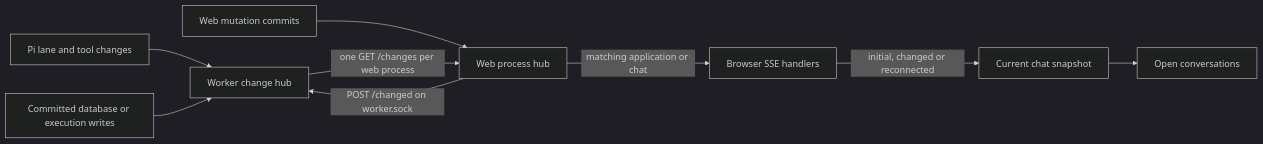
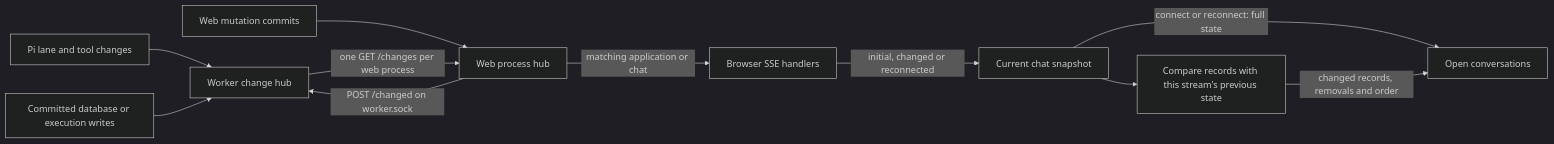
The second of 5 diagrams in docs/architecture.md (lustoykov/hallvi), drawn with Mermaid (dark theme) before and after one commit. The commit also changed other lines of this file and 18 other files, not shown here.

````diff
--- a/docs/architecture.md
+++ b/docs/architecture.md
@@ -66,11 +66,13 @@
 ```mermaid
 flowchart LR
     Pi[Pi lane and tool changes] --> Hub[Worker change hub]
     Writes[Committed database or execution writes] --> Hub
     WebWrite[Web mutation commits] --> Local[Web process hub]
     Local -->|POST /changed on worker.sock| Hub
     Hub -->|one GET /changes per web process| Local
     Local -->|matching application or chat| Stream[Browser SSE handlers]
     Stream -->|initial, changed or reconnected| Snapshot[Current chat snapshot]
-    Snapshot --> Browser[Open conversations]
+    Snapshot -->|connect or reconnect: full state| Browser[Open conversations]
+    Snapshot --> Compare[Compare records with this stream's previous state]
+    Compare -->|changed records, removals and order| Browser
 ```
````
